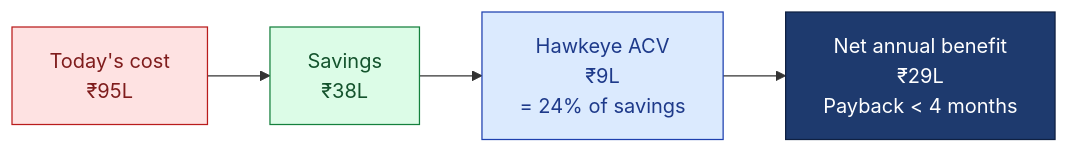
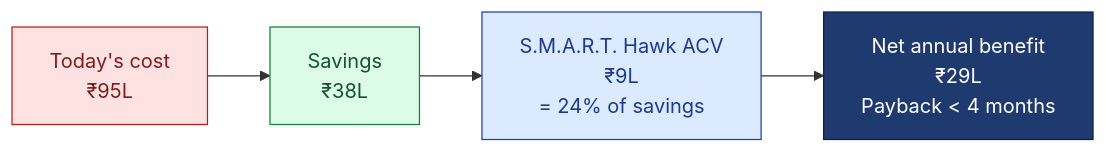
The second of 3 diagrams in 09-sales-marketing/pitch-materials/CFO-DECK.md (hawkeyetransact-dotcom/doc_v2), drawn with Mermaid before and after one commit. The commit also changed other lines of this file and 105 other files, not shown here.

First line of the commit message:
Rebrand docs: Hawkeye -> S.M.A.R.T. Hawk; S.M.A.R.T. five-pillar pipeline

````diff
--- a/09-sales-marketing/pitch-materials/CFO-DECK.md
+++ b/09-sales-marketing/pitch-materials/CFO-DECK.md
@@ -74,14 +74,14 @@
 ```mermaid
 flowchart LR
     classDef cost fill:#FEE2E2,stroke:#B91C1C,color:#7F1D1D
     classDef save fill:#DCFCE7,stroke:#15803D,color:#14532D
     classDef price fill:#DBEAFE,stroke:#1E40AF,color:#1E3A8A
     classDef net fill:#1E3A6E,stroke:#0F2042,color:#FFFFFF
 
     C["Today's cost<br/>₹95L"]:::cost
     S["Savings<br/>₹38L"]:::save
-    P["Hawkeye ACV<br/>₹9L<br/>= 24% of savings"]:::price
+    P["S.M.A.R.T. Hawk ACV<br/>₹9L<br/>= 24% of savings"]:::price
     N["Net annual benefit<br/>₹29L<br/>Payback < 4 months"]:::net
 
     C --> S --> P --> N
 ```
````
